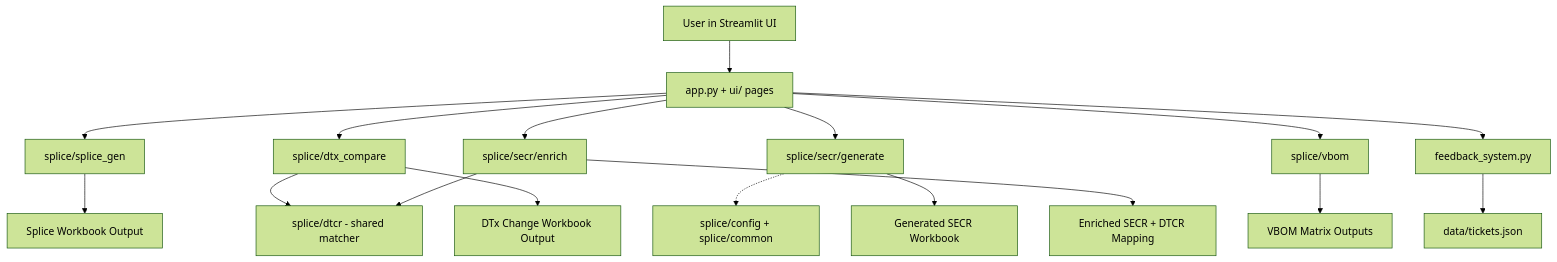
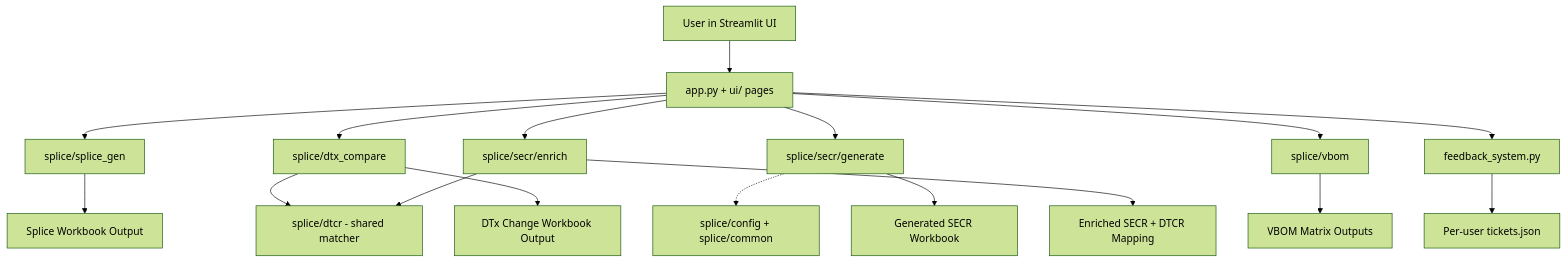
The diagram in docs/ARCHITECTURE.md (Jaramillo35/SpliceApp), drawn with Mermaid (forest theme) before and after one commit. The commit also changed other lines of this file and 111 other files, not shown here.

````diff
--- a/docs/ARCHITECTURE.md
+++ b/docs/ARCHITECTURE.md
@@ -7,21 +7,21 @@
 ```mermaid
 flowchart TD
     A[User in Streamlit UI] --> B[app.py + ui/ pages]
     B --> C[splice/splice_gen]
     B --> D[splice/dtx_compare]
     B --> E[splice/secr/generate]
     B --> F[splice/secr/enrich]
     B --> G[splice/vbom]
     B --> H[feedback_system.py]
 
     D --> DTCR[splice/dtcr - shared matcher]
     F --> DTCR
     E -.-> CFG[splice/config + splice/common]
 
     C --> O1[Splice Workbook Output]
     D --> O2[DTx Change Workbook Output]
     E --> O3[Generated SECR Workbook]
     F --> O4[Enriched SECR + DTCR Mapping]
     G --> O5[VBOM Matrix Outputs]
-    H --> O6[data/tickets.json]
+    H --> O6[Per-user tickets.json]
 ```
````
